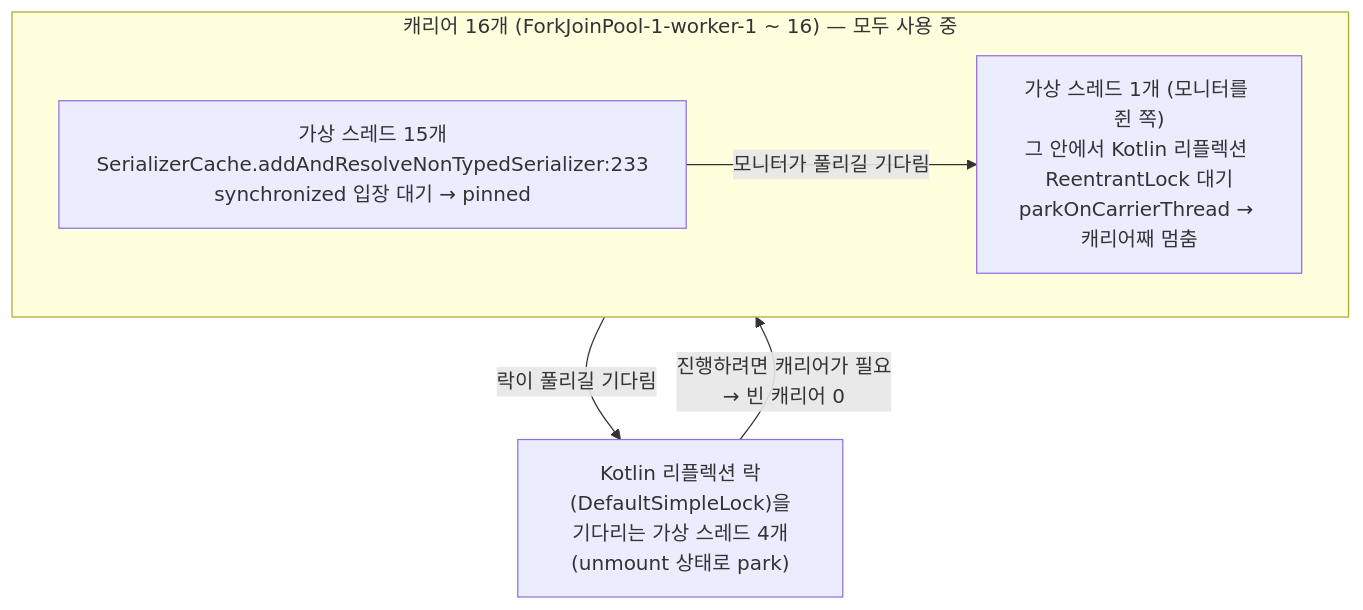
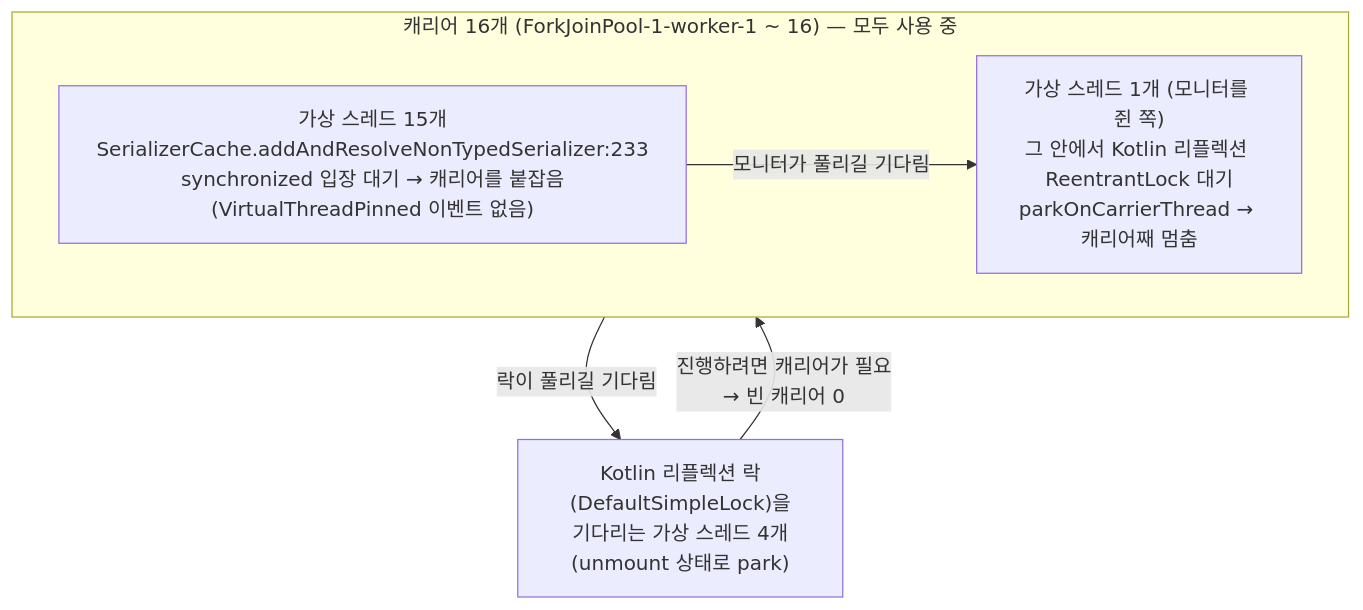
Before and after one commit to hyeokjinON/bank-transfer: the ninth of 9 diagrams in docs/perf/p7-virtual-threads.md, drawn with Mermaid. The commit also changed other lines of this file and 1 other file, not shown here.

Commit message:
docs(p7): 재검토 사소한 것 — 한 건 146ms 로 통일, 교착 그림의 입장 대기 표현, HANDOVER 문구

````diff
--- a/docs/perf/p7-virtual-threads.md
+++ b/docs/perf/p7-virtual-threads.md
@@ -233,12 +233,12 @@
 ```mermaid
 flowchart TB
   subgraph C["캐리어 16개 (ForkJoinPool-1-worker-1 ~ 16) — 모두 사용 중"]
     direction LR
-    P1["가상 스레드 15개<br/>SerializerCache.addAndResolveNonTypedSerializer:233<br/>synchronized 입장 대기 → pinned"]
+    P1["가상 스레드 15개<br/>SerializerCache.addAndResolveNonTypedSerializer:233<br/>synchronized 입장 대기 → 캐리어를 붙잡음<br/>(VirtualThreadPinned 이벤트 없음)"]
     P2["가상 스레드 1개 (모니터를 쥔 쪽)<br/>그 안에서 Kotlin 리플렉션 ReentrantLock 대기<br/>parkOnCarrierThread → 캐리어째 멈춤"]
   end
   Q["Kotlin 리플렉션 락(DefaultSimpleLock)을<br/>기다리는 가상 스레드 4개<br/>(unmount 상태로 park)"]
   P2 -->|락이 풀리길 기다림| Q
   Q -->|"진행하려면 캐리어가 필요<br/>→ 빈 캐리어 0"| C
   P1 -->|모니터가 풀리길 기다림| P2
 ```
````
